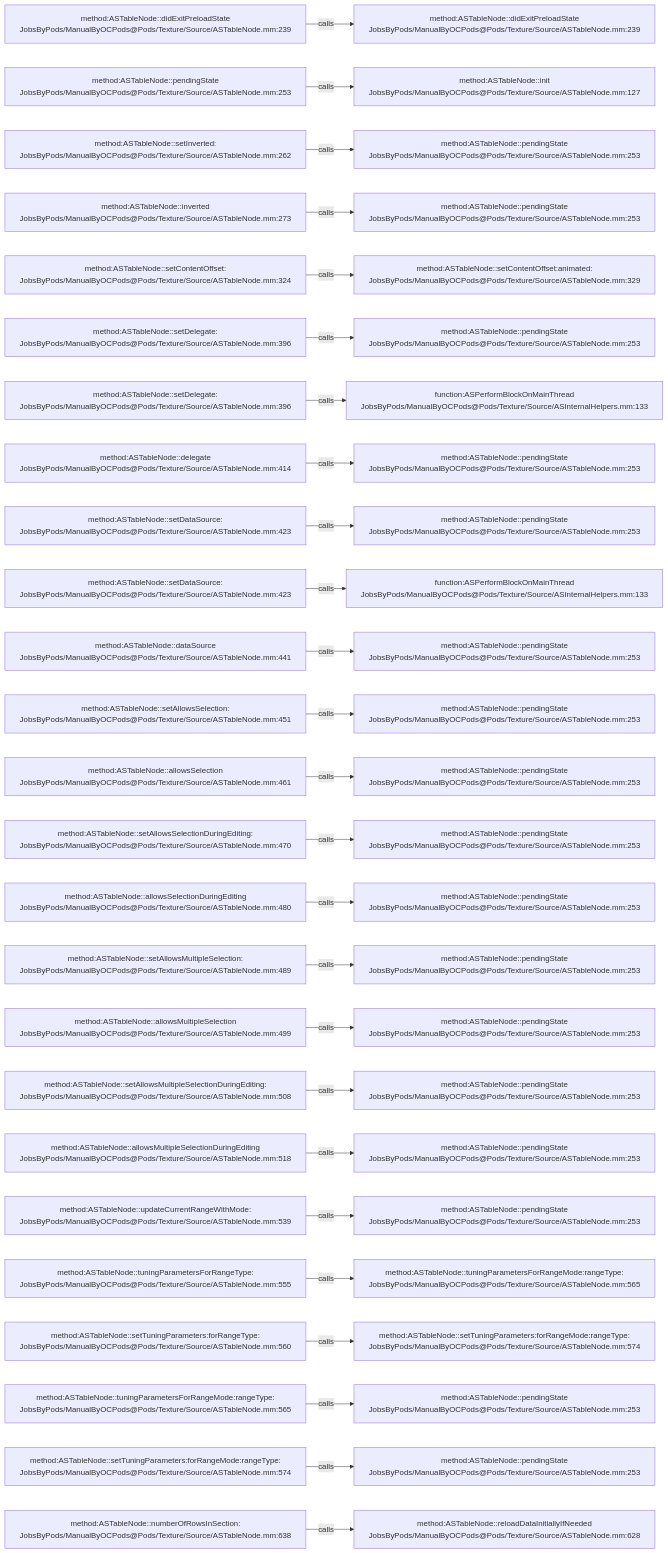
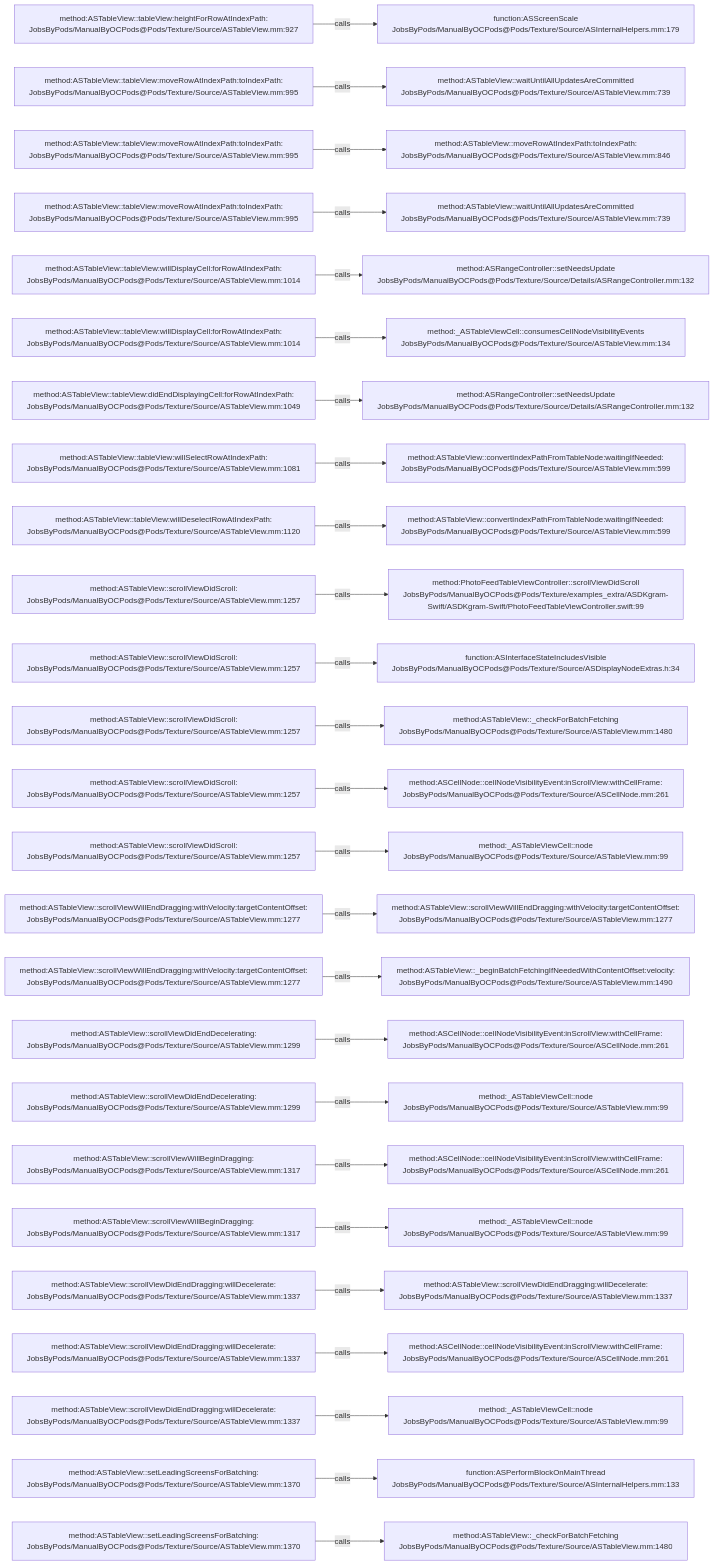
The diagram in .codegraph/codegraph.md/graphs/calls-121.md (JobsKits/JobsOCBaseConfigDemo), drawn with Mermaid before and after one commit. The commit also changed 1448 other files, not shown here.

````diff
--- a/.codegraph/codegraph.md/graphs/calls-121.md
+++ b/.codegraph/codegraph.md/graphs/calls-121.md
@@ -13,78 +13,78 @@
 ```mermaid
 flowchart LR
-  S1["method:ASTableNode::didExitPreloadState<br/>JobsByPods/ManualByOCPods@Pods/Texture/Source/ASTableNode.mm:239"]
-  T1["method:ASTableNode::didExitPreloadState<br/>JobsByPods/ManualByOCPods@Pods/Texture/Source/ASTableNode.mm:239"]
+  S1["method:ASTableView::tableView:heightForRowAtIndexPath:<br/>JobsByPods/ManualByOCPods@Pods/Texture/Source/ASTableView.mm:927"]
+  T1["function:ASScreenScale<br/>JobsByPods/ManualByOCPods@Pods/Texture/Source/ASInternalHelpers.mm:179"]
   S1 -->|calls| T1
-  S2["method:ASTableNode::pendingState<br/>JobsByPods/ManualByOCPods@Pods/Texture/Source/ASTableNode.mm:253"]
-  T2["method:ASTableNode::init<br/>JobsByPods/ManualByOCPods@Pods/Texture/Source/ASTableNode.mm:127"]
+  S2["method:ASTableView::tableView:moveRowAtIndexPath:toIndexPath:<br/>JobsByPods/ManualByOCPods@Pods/Texture/Source/ASTableView.mm:995"]
+  T2["method:ASTableView::waitUntilAllUpdatesAreCommitted<br/>JobsByPods/ManualByOCPods@Pods/Texture/Source/ASTableView.mm:739"]
   S2 -->|calls| T2
-  S3["method:ASTableNode::setInverted:<br/>JobsByPods/ManualByOCPods@Pods/Texture/Source/ASTableNode.mm:262"]
-  T3["method:ASTableNode::pendingState<br/>JobsByPods/ManualByOCPods@Pods/Texture/Source/ASTableNode.mm:253"]
+  S3["method:ASTableView::tableView:moveRowAtIndexPath:toIndexPath:<br/>JobsByPods/ManualByOCPods@Pods/Texture/Source/ASTableView.mm:995"]
+  T3["method:ASTableView::moveRowAtIndexPath:toIndexPath:<br/>JobsByPods/ManualByOCPods@Pods/Texture/Source/ASTableView.mm:846"]
   S3 -->|calls| T3
-  S4["method:ASTableNode::inverted<br/>JobsByPods/ManualByOCPods@Pods/Texture/Source/ASTableNode.mm:273"]
-  T4["method:ASTableNode::pendingState<br/>JobsByPods/ManualByOCPods@Pods/Texture/Source/ASTableNode.mm:253"]
+  S4["method:ASTableView::tableView:moveRowAtIndexPath:toIndexPath:<br/>JobsByPods/ManualByOCPods@Pods/Texture/Source/ASTableView.mm:995"]
+  T4["method:ASTableView::waitUntilAllUpdatesAreCommitted<br/>JobsByPods/ManualByOCPods@Pods/Texture/Source/ASTableView.mm:739"]
   S4 -->|calls| T4
-  S5["method:ASTableNode::setContentOffset:<br/>JobsByPods/ManualByOCPods@Pods/Texture/Source/ASTableNode.mm:324"]
-  T5["method:ASTableNode::setContentOffset:animated:<br/>JobsByPods/ManualByOCPods@Pods/Texture/Source/ASTableNode.mm:329"]
+  S5["method:ASTableView::tableView:willDisplayCell:forRowAtIndexPath:<br/>JobsByPods/ManualByOCPods@Pods/Texture/Source/ASTableView.mm:1014"]
+  T5["method:ASRangeController::setNeedsUpdate<br/>JobsByPods/ManualByOCPods@Pods/Texture/Source/Details/ASRangeController.mm:132"]
   S5 -->|calls| T5
-  S6["method:ASTableNode::setDelegate:<br/>JobsByPods/ManualByOCPods@Pods/Texture/Source/ASTableNode.mm:396"]
-  T6["method:ASTableNode::pendingState<br/>JobsByPods/ManualByOCPods@Pods/Texture/Source/ASTableNode.mm:253"]
+  S6["method:ASTableView::tableView:willDisplayCell:forRowAtIndexPath:<br/>JobsByPods/ManualByOCPods@Pods/Texture/Source/ASTableView.mm:1014"]
+  T6["method:_ASTableViewCell::consumesCellNodeVisibilityEvents<br/>JobsByPods/ManualByOCPods@Pods/Texture/Source/ASTableView.mm:134"]
   S6 -->|calls| T6
-  S7["method:ASTableNode::setDelegate:<br/>JobsByPods/ManualByOCPods@Pods/Texture/Source/ASTableNode.mm:396"]
-  T7["function:ASPerformBlockOnMainThread<br/>JobsByPods/ManualByOCPods@Pods/Texture/Source/ASInternalHelpers.mm:133"]
+  S7["method:ASTableView::tableView:didEndDisplayingCell:forRowAtIndexPath:<br/>JobsByPods/ManualByOCPods@Pods/Texture/Source/ASTableView.mm:1049"]
+  T7["method:ASRangeController::setNeedsUpdate<br/>JobsByPods/ManualByOCPods@Pods/Texture/Source/Details/ASRangeController.mm:132"]
   S7 -->|calls| T7
-  S8["method:ASTableNode::delegate<br/>JobsByPods/ManualByOCPods@Pods/Texture/Source/ASTableNode.mm:414"]
-  T8["method:ASTableNode::pendingState<br/>JobsByPods/ManualByOCPods@Pods/Texture/Source/ASTableNode.mm:253"]
+  S8["method:ASTableView::tableView:willSelectRowAtIndexPath:<br/>JobsByPods/ManualByOCPods@Pods/Texture/Source/ASTableView.mm:1081"]
+  T8["method:ASTableView::convertIndexPathFromTableNode:waitingIfNeeded:<br/>JobsByPods/ManualByOCPods@Pods/Texture/Source/ASTableView.mm:599"]
   S8 -->|calls| T8
-  S9["method:ASTableNode::setDataSource:<br/>JobsByPods/ManualByOCPods@Pods/Texture/Source/ASTableNode.mm:423"]
-  T9["method:ASTableNode::pendingState<br/>JobsByPods/ManualByOCPods@Pods/Texture/Source/ASTableNode.mm:253"]
+  S9["method:ASTableView::tableView:willDeselectRowAtIndexPath:<br/>JobsByPods/ManualByOCPods@Pods/Texture/Source/ASTableView.mm:1120"]
+  T9["method:ASTableView::convertIndexPathFromTableNode:waitingIfNeeded:<br/>JobsByPods/ManualByOCPods@Pods/Texture/Source/ASTableView.mm:599"]
   S9 -->|calls| T9
-  S10["method:ASTableNode::setDataSource:<br/>JobsByPods/ManualByOCPods@Pods/Texture/Source/ASTableNode.mm:423"]
-  T10["function:ASPerformBlockOnMainThread<br/>JobsByPods/ManualByOCPods@Pods/Texture/Source/ASInternalHelpers.mm:133"]
+  S10["method:ASTableView::scrollViewDidScroll:<br/>JobsByPods/ManualByOCPods@Pods/Texture/Source/ASTableView.mm:1257"]
+  T10["method:PhotoFeedTableViewController::scrollViewDidScroll<br/>JobsByPods/ManualByOCPods@Pods/Texture/examples_extra/ASDKgram-Swift/ASDKgram-Swift/PhotoFeedTableViewController.swift:99"]
   S10 -->|calls| T10
-  S11["method:ASTableNode::dataSource<br/>JobsByPods/ManualByOCPods@Pods/Texture/Source/ASTableNode.mm:441"]
-  T11["method:ASTableNode::pendingState<br/>JobsByPods/ManualByOCPods@Pods/Texture/Source/ASTableNode.mm:253"]
+  S11["method:ASTableView::scrollViewDidScroll:<br/>JobsByPods/ManualByOCPods@Pods/Texture/Source/ASTableView.mm:1257"]
+  T11["function:ASInterfaceStateIncludesVisible<br/>JobsByPods/ManualByOCPods@Pods/Texture/Source/ASDisplayNodeExtras.h:34"]
   S11 -->|calls| T11
-  S12["method:ASTableNode::setAllowsSelection:<br/>JobsByPods/ManualByOCPods@Pods/Texture/Source/ASTableNode.mm:451"]
-  T12["method:ASTableNode::pendingState<br/>JobsByPods/ManualByOCPods@Pods/Texture/Source/ASTableNode.mm:253"]
+  S12["method:ASTableView::scrollViewDidScroll:<br/>JobsByPods/ManualByOCPods@Pods/Texture/Source/ASTableView.mm:1257"]
+  T12["method:ASTableView::_checkForBatchFetching<br/>JobsByPods/ManualByOCPods@Pods/Texture/Source/ASTableView.mm:1480"]
   S12 -->|calls| T12
-  S13["method:ASTableNode::allowsSelection<br/>JobsByPods/ManualByOCPods@Pods/Texture/Source/ASTableNode.mm:461"]
-  T13["method:ASTableNode::pendingState<br/>JobsByPods/ManualByOCPods@Pods/Texture/Source/ASTableNode.mm:253"]
+  S13["method:ASTableView::scrollViewDidScroll:<br/>JobsByPods/ManualByOCPods@Pods/Texture/Source/ASTableView.mm:1257"]
+  T13["method:ASCellNode::cellNodeVisibilityEvent:inScrollView:withCellFrame:<br/>JobsByPods/ManualByOCPods@Pods/Texture/Source/ASCellNode.mm:261"]
   S13 -->|calls| T13
-  S14["method:ASTableNode::setAllowsSelectionDuringEditing:<br/>JobsByPods/ManualByOCPods@Pods/Texture/Source/ASTableNode.mm:470"]
-  T14["method:ASTableNode::pendingState<br/>JobsByPods/ManualByOCPods@Pods/Texture/Source/ASTableNode.mm:253"]
+  S14["method:ASTableView::scrollViewDidScroll:<br/>JobsByPods/ManualByOCPods@Pods/Texture/Source/ASTableView.mm:1257"]
+  T14["method:_ASTableViewCell::node<br/>JobsByPods/ManualByOCPods@Pods/Texture/Source/ASTableView.mm:99"]
   S14 -->|calls| T14
-  S15["method:ASTableNode::allowsSelectionDuringEditing<br/>JobsByPods/ManualByOCPods@Pods/Texture/Source/ASTableNode.mm:480"]
-  T15["method:ASTableNode::pendingState<br/>JobsByPods/ManualByOCPods@Pods/Texture/Source/ASTableNode.mm:253"]
+  S15["method:ASTableView::scrollViewWillEndDragging:withVelocity:targetContentOffset:<br/>JobsByPods/ManualByOCPods@Pods/Texture/Source/ASTableView.mm:1277"]
+  T15["method:ASTableView::scrollViewWillEndDragging:withVelocity:targetContentOffset:<br/>JobsByPods/ManualByOCPods@Pods/Texture/Source/ASTableView.mm:1277"]
   S15 -->|calls| T15
-  S16["method:ASTableNode::setAllowsMultipleSelection:<br/>JobsByPods/ManualByOCPods@Pods/Texture/Source/ASTableNode.mm:489"]
-  T16["method:ASTableNode::pendingState<br/>JobsByPods/ManualByOCPods@Pods/Texture/Source/ASTableNode.mm:253"]
+  S16["method:ASTableView::scrollViewWillEndDragging:withVelocity:targetContentOffset:<br/>JobsByPods/ManualByOCPods@Pods/Texture/Source/ASTableView.mm:1277"]
+  T16["method:ASTableView::_beginBatchFetchingIfNeededWithContentOffset:velocity:<br/>JobsByPods/ManualByOCPods@Pods/Texture/Source/ASTableView.mm:1490"]
   S16 -->|calls| T16
-  S17["method:ASTableNode::allowsMultipleSelection<br/>JobsByPods/ManualByOCPods@Pods/Texture/Source/ASTableNode.mm:499"]
-  T17["method:ASTableNode::pendingState<br/>JobsByPods/ManualByOCPods@Pods/Texture/Source/ASTableNode.mm:253"]
+  S17["method:ASTableView::scrollViewDidEndDecelerating:<br/>JobsByPods/ManualByOCPods@Pods/Texture/Source/ASTableView.mm:1299"]
+  T17["method:ASCellNode::cellNodeVisibilityEvent:inScrollView:withCellFrame:<br/>JobsByPods/ManualByOCPods@Pods/Texture/Source/ASCellNode.mm:261"]
   S17 -->|calls| T17
-  S18["method:ASTableNode::setAllowsMultipleSelectionDuringEditing:<br/>JobsByPods/ManualByOCPods@Pods/Texture/Source/ASTableNode.mm:508"]
-  T18["method:ASTableNode::pendingState<br/>JobsByPods/ManualByOCPods@Pods/Texture/Source/ASTableNode.mm:253"]
+  S18["method:ASTableView::scrollViewDidEndDecelerating:<br/>JobsByPods/ManualByOCPods@Pods/Texture/Source/ASTableView.mm:1299"]
+  T18["method:_ASTableViewCell::node<br/>JobsByPods/ManualByOCPods@Pods/Texture/Source/ASTableView.mm:99"]
   S18 -->|calls| T18
-  S19["method:ASTableNode::allowsMultipleSelectionDuringEditing<br/>JobsByPods/ManualByOCPods@Pods/Texture/Source/ASTableNode.mm:518"]
-  T19["method:ASTableNode::pendingState<br/>JobsByPods/ManualByOCPods@Pods/Texture/Source/ASTableNode.mm:253"]
+  S19["method:ASTableView::scrollViewWillBeginDragging:<br/>JobsByPods/ManualByOCPods@Pods/Texture/Source/ASTableView.mm:1317"]
+  T19["method:ASCellNode::cellNodeVisibilityEvent:inScrollView:withCellFrame:<br/>JobsByPods/ManualByOCPods@Pods/Texture/Source/ASCellNode.mm:261"]
   S19 -->|calls| T19
-  S20["method:ASTableNode::updateCurrentRangeWithMode:<br/>JobsByPods/ManualByOCPods@Pods/Texture/Source/ASTableNode.mm:539"]
-  T20["method:ASTableNode::pendingState<br/>JobsByPods/ManualByOCPods@Pods/Texture/Source/ASTableNode.mm:253"]
+  S20["method:ASTableView::scrollViewWillBeginDragging:<br/>JobsByPods/ManualByOCPods@Pods/Texture/Source/ASTableView.mm:1317"]
+  T20["method:_ASTableViewCell::node<br/>JobsByPods/ManualByOCPods@Pods/Texture/Source/ASTableView.mm:99"]
   S20 -->|calls| T20
-  S21["method:ASTableNode::tuningParametersForRangeType:<br/>JobsByPods/ManualByOCPods@Pods/Texture/Source/ASTableNode.mm:555"]
-  T21["method:ASTableNode::tuningParametersForRangeMode:rangeType:<br/>JobsByPods/ManualByOCPods@Pods/Texture/Source/ASTableNode.mm:565"]
+  S21["method:ASTableView::scrollViewDidEndDragging:willDecelerate:<br/>JobsByPods/ManualByOCPods@Pods/Texture/Source/ASTableView.mm:1337"]
+  T21["method:ASTableView::scrollViewDidEndDragging:willDecelerate:<br/>JobsByPods/ManualByOCPods@Pods/Texture/Source/ASTableView.mm:1337"]
   S21 -->|calls| T21
-  S22["method:ASTableNode::setTuningParameters:forRangeType:<br/>JobsByPods/ManualByOCPods@Pods/Texture/Source/ASTableNode.mm:560"]
-  T22["method:ASTableNode::setTuningParameters:forRangeMode:rangeType:<br/>JobsByPods/ManualByOCPods@Pods/Texture/Source/ASTableNode.mm:574"]
+  S22["method:ASTableView::scrollViewDidEndDragging:willDecelerate:<br/>JobsByPods/ManualByOCPods@Pods/Texture/Source/ASTableView.mm:1337"]
+  T22["method:ASCellNode::cellNodeVisibilityEvent:inScrollView:withCellFrame:<br/>JobsByPods/ManualByOCPods@Pods/Texture/Source/ASCellNode.mm:261"]
   S22 -->|calls| T22
-  S23["method:ASTableNode::tuningParametersForRangeMode:rangeType:<br/>JobsByPods/ManualByOCPods@Pods/Texture/Source/ASTableNode.mm:565"]
-  T23["method:ASTableNode::pendingState<br/>JobsByPods/ManualByOCPods@Pods/Texture/Source/ASTableNode.mm:253"]
+  S23["method:ASTableView::scrollViewDidEndDragging:willDecelerate:<br/>JobsByPods/ManualByOCPods@Pods/Texture/Source/ASTableView.mm:1337"]
+  T23["method:_ASTableViewCell::node<br/>JobsByPods/ManualByOCPods@Pods/Texture/Source/ASTableView.mm:99"]
   S23 -->|calls| T23
-  S24["method:ASTableNode::setTuningParameters:forRangeMode:rangeType:<br/>JobsByPods/ManualByOCPods@Pods/Texture/Source/ASTableNode.mm:574"]
-  T24["method:ASTableNode::pendingState<br/>JobsByPods/ManualByOCPods@Pods/Texture/Source/ASTableNode.mm:253"]
+  S24["method:ASTableView::setLeadingScreensForBatching:<br/>JobsByPods/ManualByOCPods@Pods/Texture/Source/ASTableView.mm:1370"]
+  T24["function:ASPerformBlockOnMainThread<br/>JobsByPods/ManualByOCPods@Pods/Texture/Source/ASInternalHelpers.mm:133"]
   S24 -->|calls| T24
-  S25["method:ASTableNode::numberOfRowsInSection:<br/>JobsByPods/ManualByOCPods@Pods/Texture/Source/ASTableNode.mm:638"]
-  T25["method:ASTableNode::reloadDataInitiallyIfNeeded<br/>JobsByPods/ManualByOCPods@Pods/Texture/Source/ASTableNode.mm:628"]
+  S25["method:ASTableView::setLeadingScreensForBatching:<br/>JobsByPods/ManualByOCPods@Pods/Texture/Source/ASTableView.mm:1370"]
+  T25["method:ASTableView::_checkForBatchFetching<br/>JobsByPods/ManualByOCPods@Pods/Texture/Source/ASTableView.mm:1480"]
   S25 -->|calls| T25
 ```
````
